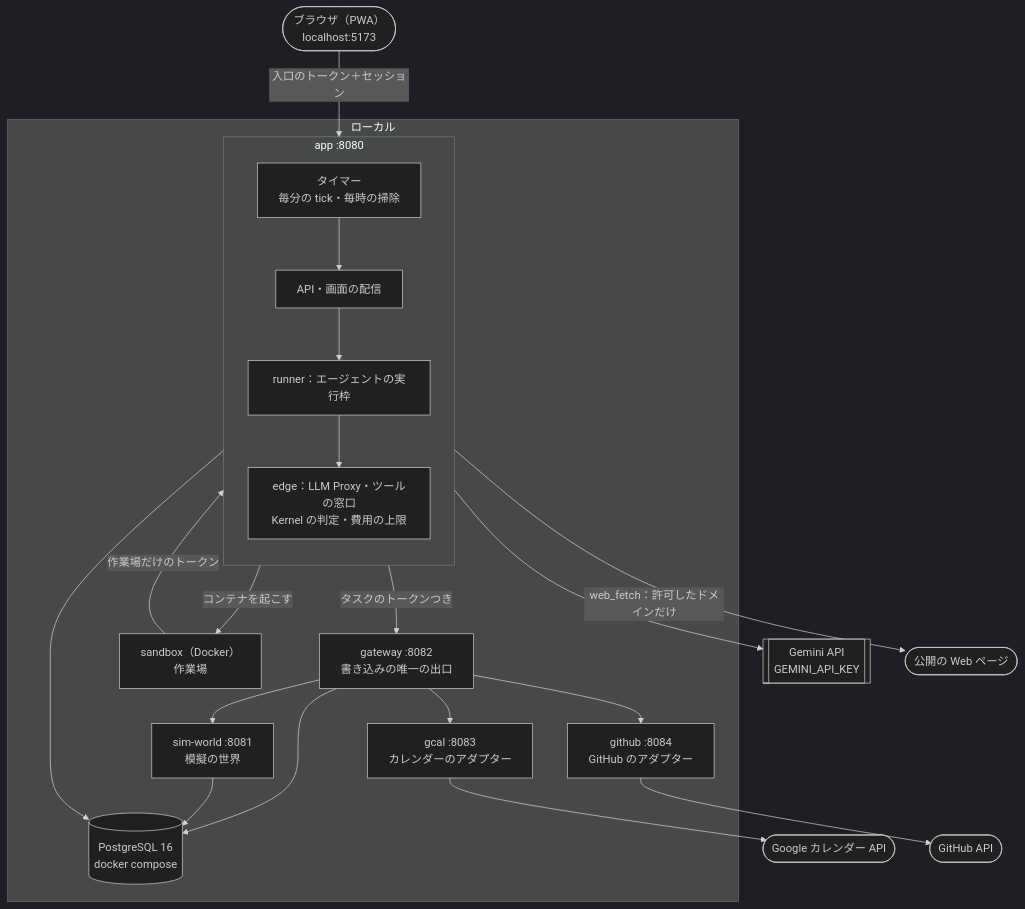
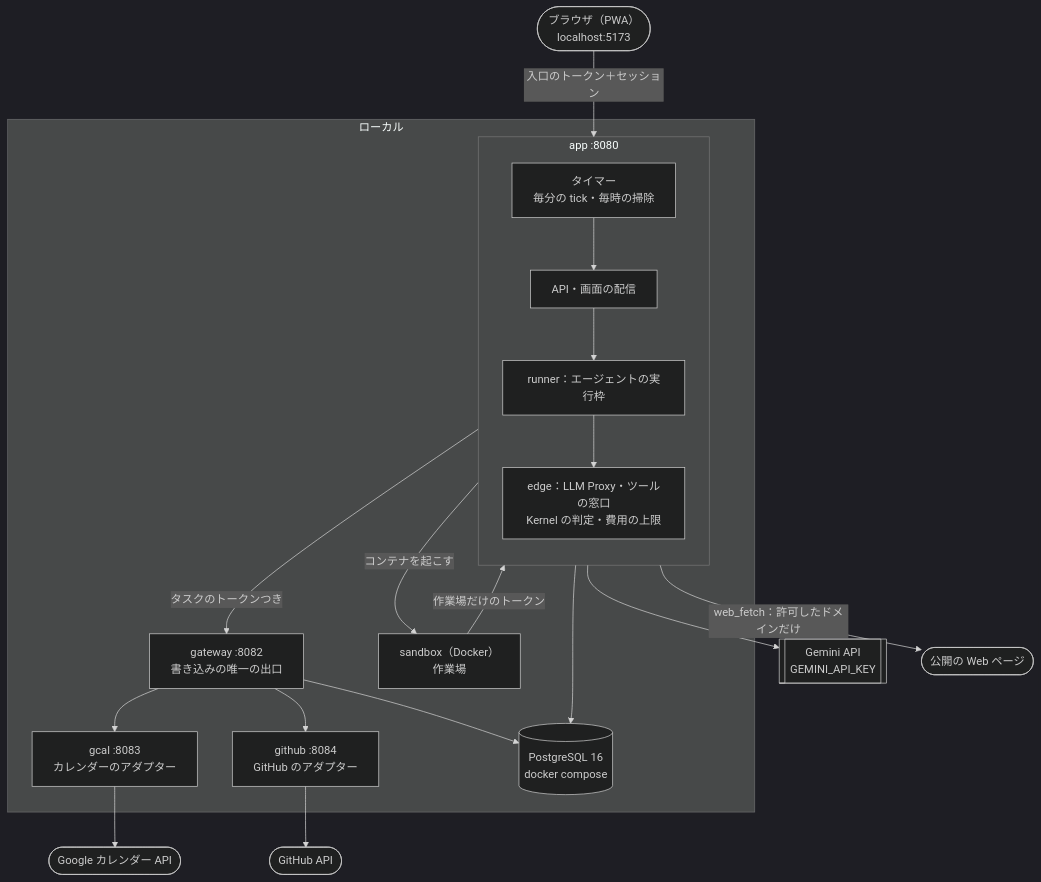
Before and after one commit to itiwoja/agent-team: the diagram in docs/architecture.md, drawn with Mermaid (dark theme). The commit also changed other lines of this file and 153 other files, not shown here.

First line of the commit message:
sim-world と模擬の世界のパッケージ・計測を削除し、文書と設定を直す

````diff
--- a/docs/architecture.md
+++ b/docs/architecture.md
@@ -5,27 +5,25 @@
 ```mermaid
 flowchart TB
   U(["ブラウザ（PWA）<br/>localhost:5173"]) -->|"入口のトークン＋セッション"| API
 
   subgraph LOCAL["ローカル"]
     subgraph APP["app :8080"]
       direction TB
       API["API・画面の配信"] --> RUN["runner：エージェントの実行枠"]
       RUN --> EDGE["edge：LLM Proxy・ツールの窓口<br/>Kernel の判定・費用の上限"]
       TIMER["タイマー<br/>毎分の tick・毎時の掃除"] --> API
     end
     EDGE -->|"タスクのトークンつき"| GW["gateway :8082<br/>書き込みの唯一の出口"]
-    GW --> SIM["sim-world :8081<br/>模擬の世界"]
     GW --> GCAL["gcal :8083<br/>カレンダーのアダプター"]
     GW --> GH["github :8084<br/>GitHub のアダプター"]
     API -->|"コンテナを起こす"| SBX["sandbox（Docker）<br/>作業場"]
     SBX -->|"作業場だけのトークン"| EDGE
     API --> SQL[("PostgreSQL 16<br/>docker compose")]
     GW --> SQL
-    SIM --> SQL
   end
 
   EDGE --> GEM[["Gemini API<br/>GEMINI_API_KEY"]]
   EDGE -->|"web_fetch：許可したドメインだけ"| WEB(["公開の Web ページ"])
   GCAL --> GAPI(["Google カレンダー API"])
   GH --> GHAPI(["GitHub API"])
 ```
````
